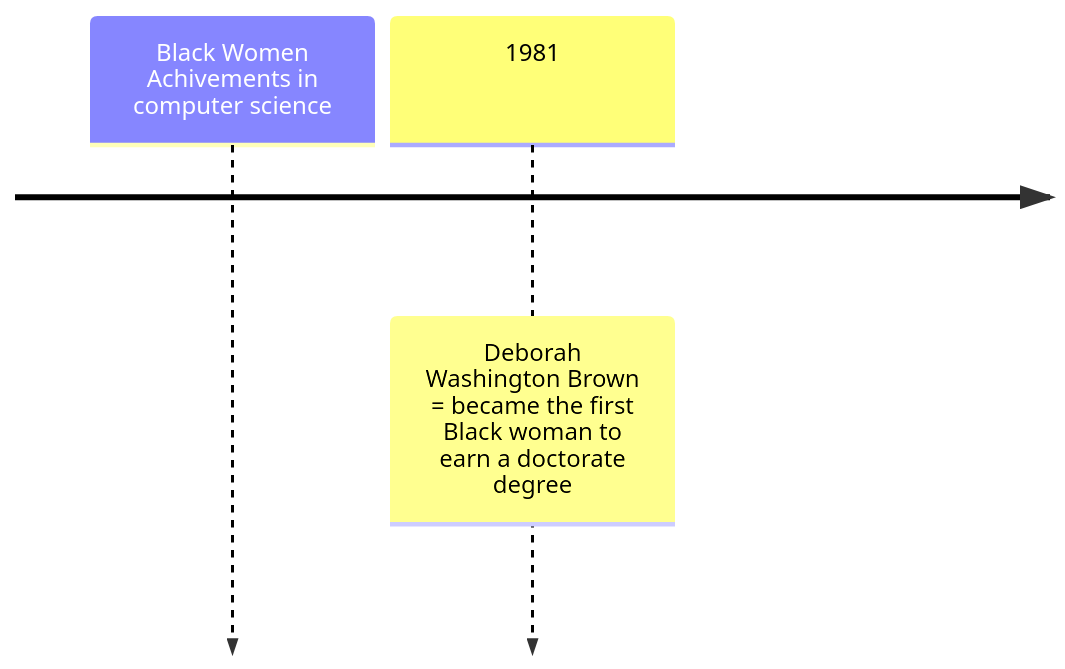
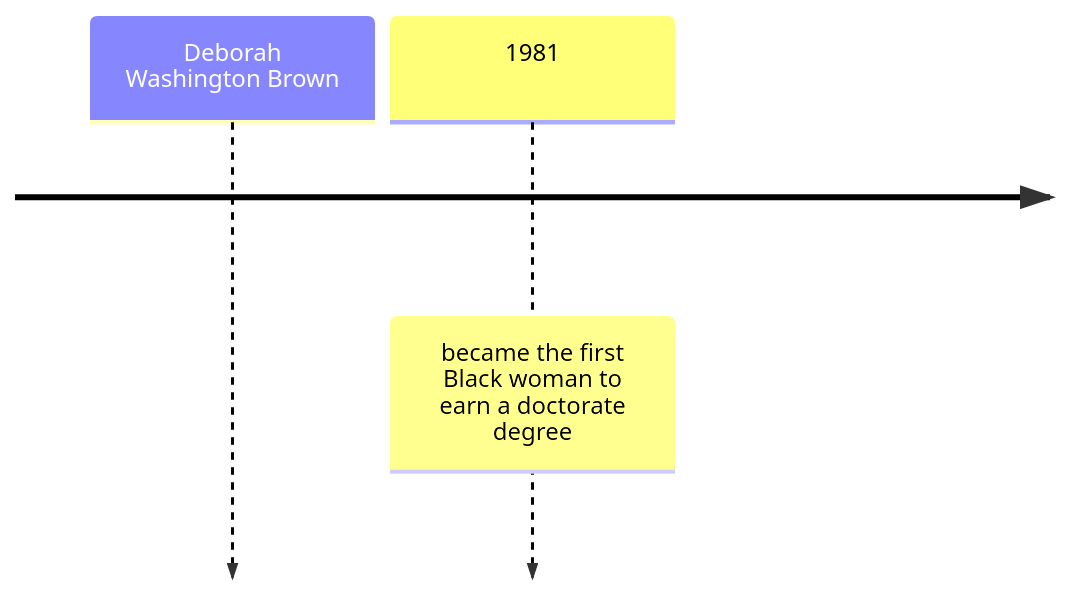
The diagram in Notes/blackhistorymonth.md (Marius-PA/ComputerScienceNotes), drawn with Mermaid before and after one commit. The commit also changed other lines of this file, not shown here.

````diff
--- a/Notes/blackhistorymonth.md
+++ b/Notes/blackhistorymonth.md
@@ -14,6 +14,6 @@
 ```mermaid
 timeline
-    Black Women Achivements in computer science
-    1981 : Deborah Washington Brown = became the first Black woman to earn a doctorate degree
+    Deborah Washington Brown
+    1981 : became the first Black woman to earn a doctorate degree
 
 ```
````
